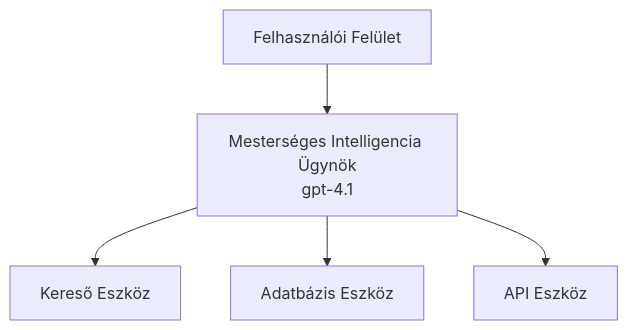
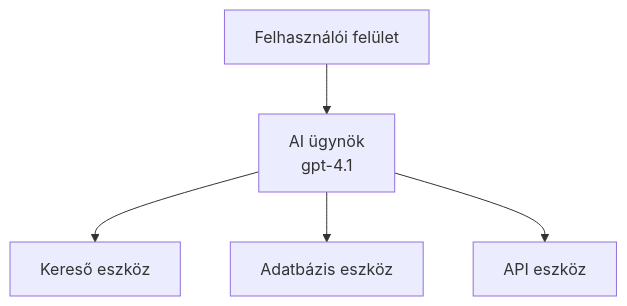
The first of 3 diagrams in translations/hu/docs/chapter-02-ai-development/agents.md (microsoft/AZD-for-beginners), drawn with Mermaid before and after one commit. The commit also changed other lines of this file and 101 other files, not shown here.

````diff
--- a/translations/hu/docs/chapter-02-ai-development/agents.md
+++ b/translations/hu/docs/chapter-02-ai-development/agents.md
@@ -152,7 +157,7 @@
 ```mermaid
 graph TD
-    UI[Felhasználói Felület] --> Agent[Mesterséges Intelligencia Ügynök<br/>gpt-4.1]
-    Agent --> Search[Kereső Eszköz]
-    Agent --> Database[Adatbázis Eszköz]
-    Agent --> API[API Eszköz]
+    UI[Felhasználói felület] --> Agent[AI ügynök<br/>gpt-4.1]
+    Agent --> Search[Kereső eszköz]
+    Agent --> Database[Adatbázis eszköz]
+    Agent --> API[API eszköz]
 ```
````
